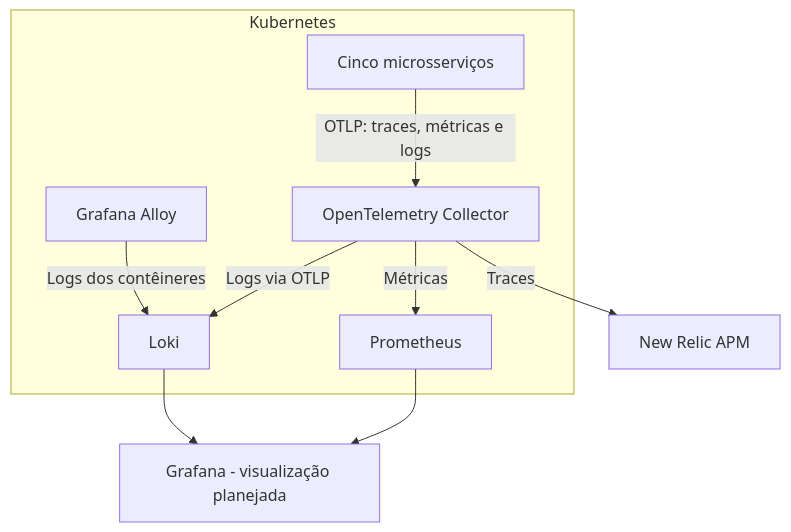
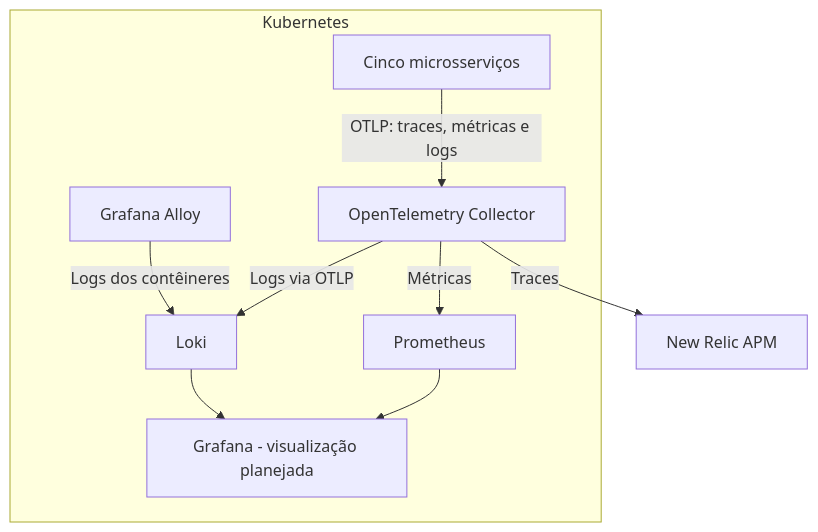
One commit to castilhoarth/tech-challenge-3-k8s changed the first of 2 diagrams in PROJETO - Fase4.md. Above: the diagram before and after it, drawn with Mermaid. The commit also changed other lines of this file, not shown here.

Commit message:
Revisão - Arthur e ajustes

````diff
--- a/PROJETO - Fase4.md
+++ b/PROJETO - Fase4.md
@@ -86,18 +86,18 @@
 ```mermaid
 flowchart TD
     subgraph K8S["Kubernetes"]
         S["Cinco microsserviços"]
         A["Grafana Alloy"]
         O["OpenTelemetry Collector"]
         P["Prometheus"]
         L["Loki"]
+        P --> G["Grafana - visualização planejada"]
     end
 
     S -->|"OTLP: traces, métricas e logs"| O
     O -->|"Traces"| N["New Relic APM"]
     O -->|"Métricas"| P
     O -->|"Logs via OTLP"| L
     A -->|"Logs dos contêineres"| L
-    P --> G["Grafana - visualização planejada"]
     L --> G
 ```
````
